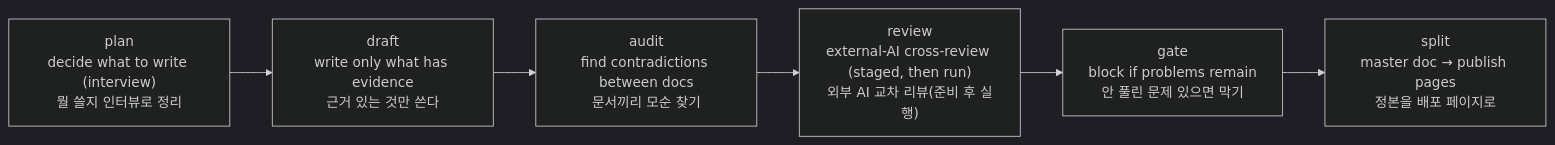
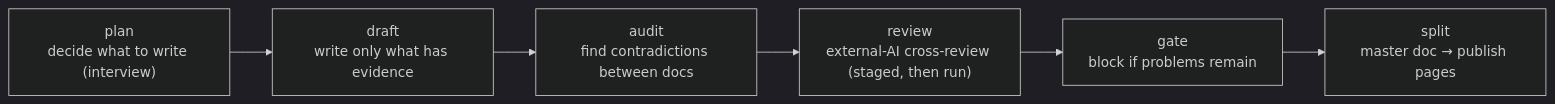
The diagram in README.md (kaidomo/docloop), drawn with Mermaid (dark theme) before and after one commit. The commit also changed other lines of this file and 1 other file, not shown here.

````diff
--- a/README.md
+++ b/README.md
@@ -95,8 +50,8 @@
 ```mermaid
 flowchart LR
-  P["plan<br/>decide what to write (interview)<br/>뭘 쓸지 인터뷰로 정리"] --> D["draft<br/>write only what has evidence<br/>근거 있는 것만 쓴다"]
-  D --> A["audit<br/>find contradictions between docs<br/>문서끼리 모순 찾기"]
-  A --> R["review<br/>external-AI cross-review (staged, then run)<br/>외부 AI 교차 리뷰(준비 후 실행)"]
-  R --> G["gate<br/>block if problems remain<br/>안 풀린 문제 있으면 막기"]
-  G --> S["split<br/>master doc → publish pages<br/>정본을 배포 페이지로"]
+  P["plan<br/>decide what to write (interview)"] --> D["draft<br/>write only what has evidence"]
+  D --> A["audit<br/>find contradictions between docs"]
+  A --> R["review<br/>external-AI cross-review (staged, then run)"]
+  R --> G["gate<br/>block if problems remain"]
+  G --> S["split<br/>master doc → publish pages"]
 ```
````
